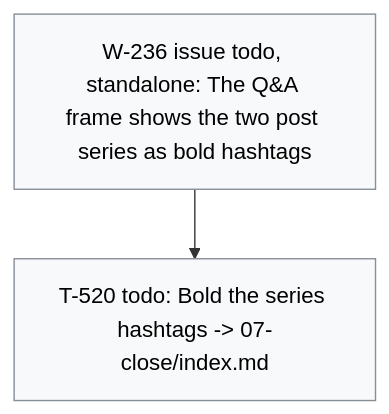
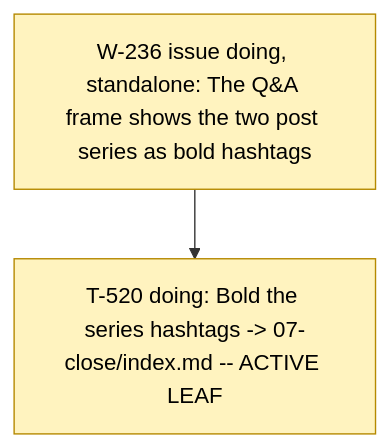
The diagram in .board/BOARD.md (dpopchev/chaos-to-simple), drawn with Mermaid before and after one commit. The commit also changed other lines of this file and 2 other files, not shown here.

Commit message:
chore(board): activate W-236, start T-520
Refs: W-236 T-520

````diff
--- a/.board/BOARD.md
+++ b/.board/BOARD.md
@@ -1402,11 +1402,11 @@
 ```mermaid
 flowchart TD
-  W236["W-236 issue todo, standalone: The Q&A frame shows the two post series as bold hashtags"]
-  W236 --> T520["T-520 todo: Bold the series hashtags -> 07-close/index.md"]
+  W236["W-236 issue doing, standalone: The Q&A frame shows the two post series as bold hashtags"]
+  W236 --> T520["T-520 doing: Bold the series hashtags -> 07-close/index.md -- ACTIVE LEAF"]
   classDef doing fill:#fff3bf,stroke:#b58900,color:#000;
   classDef blocked fill:#ffe3e3,stroke:#c92a2a,color:#000;
   classDef done fill:#e6ffed,stroke:#2b8a3e,color:#000;
   classDef todo fill:#f8f9fa,stroke:#868e96,color:#000;
   classDef pruned fill:#f1f3f5,stroke:#adb5bd,color:#000;
-  class W236,T520 todo
+  class W236,T520 doing
 ```
````
